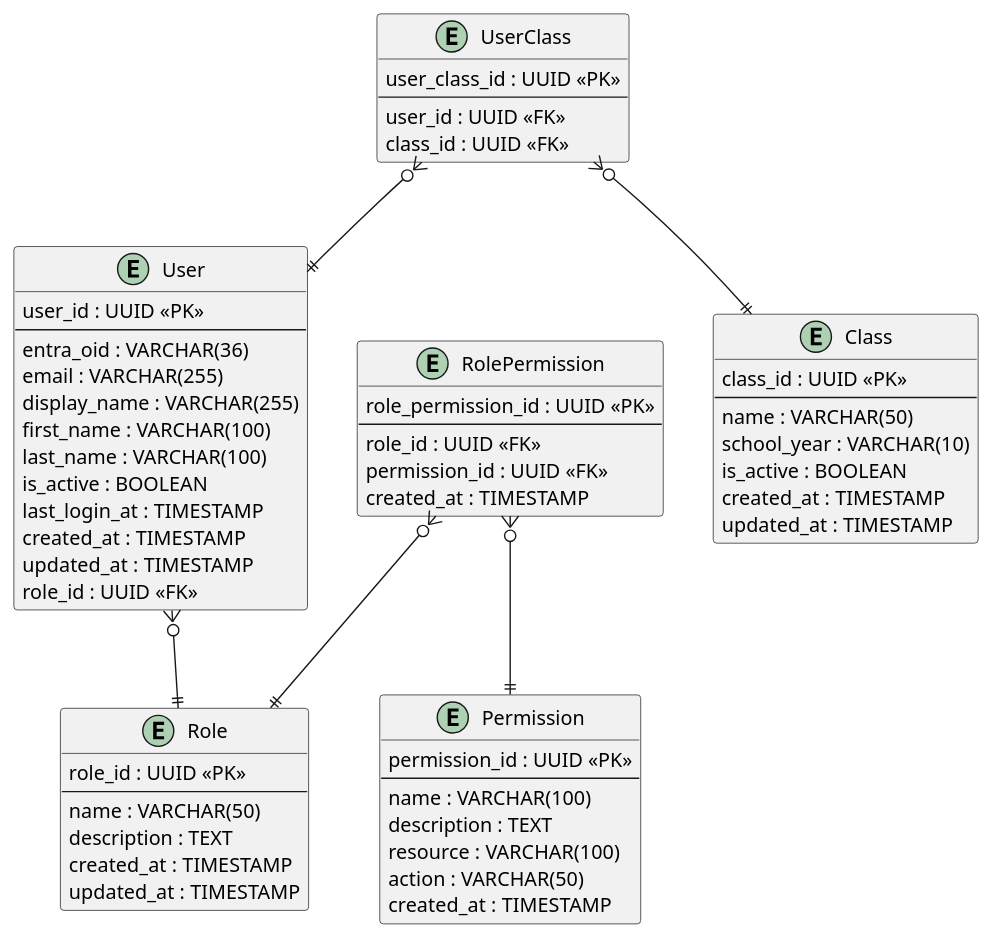
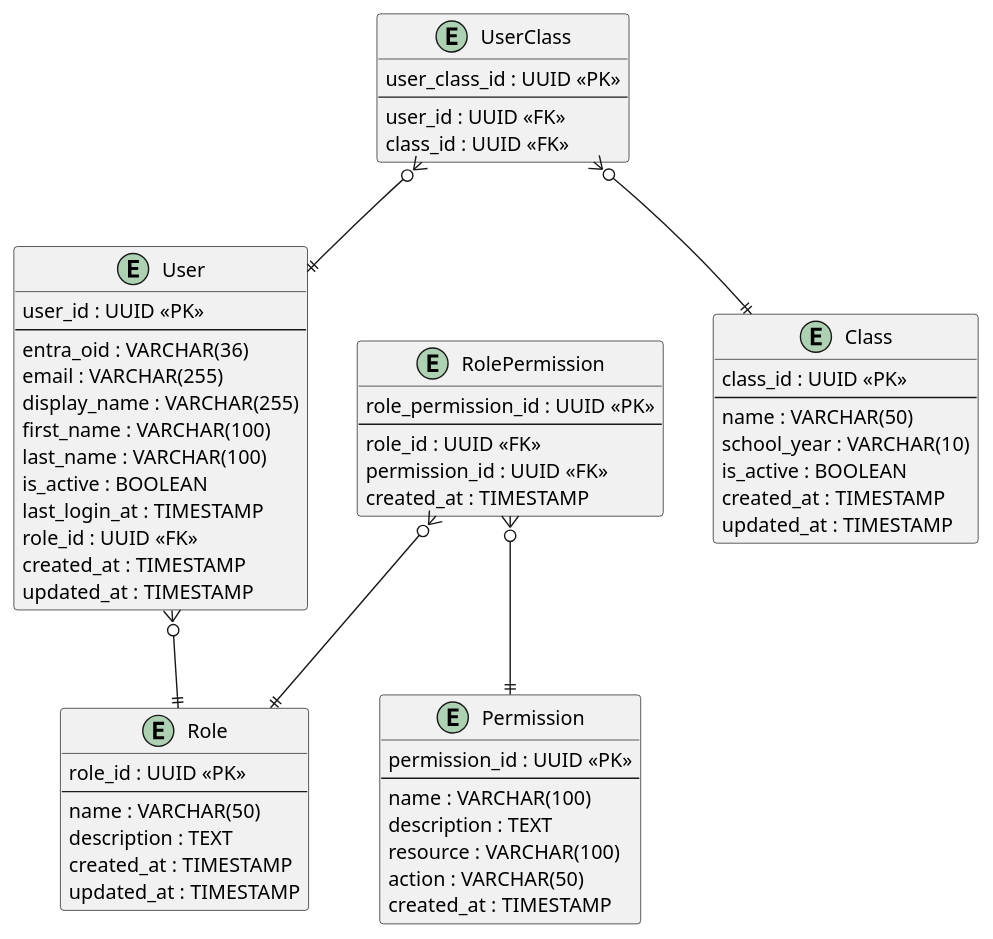
Before and after one commit to melanie-bauer/Novedu: the diagram in docs/analysis/erd.puml, drawn with PlantUML. The commit also changed other lines of this file, not shown here.

```diff
--- a/docs/analysis/erd.puml
+++ b/docs/analysis/erd.puml
@@ -1,70 +1,70 @@
 @startuml Novedu ERD
 
 entity "User" as user {
   user_id : UUID <<PK>>
   --
   entra_oid : VARCHAR(36)
   email : VARCHAR(255)
   display_name : VARCHAR(255)
   first_name : VARCHAR(100)
   last_name : VARCHAR(100)
   is_active : BOOLEAN
   last_login_at : TIMESTAMP
+  role_id : UUID <<FK>>
   created_at : TIMESTAMP
   updated_at : TIMESTAMP
-  role_id : UUID <<FK>>
 }
 
 
 entity "Role" as role {
   role_id : UUID <<PK>>
   --
   name : VARCHAR(50)
   description : TEXT
   created_at : TIMESTAMP
   updated_at : TIMESTAMP
 }
 
 entity "Permission" as permission {
   permission_id : UUID <<PK>>
   --
   name : VARCHAR(100)
   description : TEXT
   resource : VARCHAR(100)
   action : VARCHAR(50)
   created_at : TIMESTAMP
 }
 entity "RolePermission" as role_permission {
   role_permission_id : UUID <<PK>>
   --
   role_id : UUID <<FK>>
   permission_id : UUID <<FK>>
   created_at : TIMESTAMP
 }
 
 entity "Class" as class {
   class_id : UUID <<PK>>
   --
   name : VARCHAR(50)
   school_year : VARCHAR(10)
   is_active : BOOLEAN
   created_at : TIMESTAMP
   updated_at : TIMESTAMP
 }
 
 entity "UserClass" as user_class {
   user_class_id : UUID <<PK>>
   --
   user_id : UUID <<FK>>
   class_id : UUID <<FK>>
 }
 
 
 
 user }o--|| role
 user_class }o--|| user
 user_class }o--|| class
 role_permission }o--|| role
 role_permission }o--|| permission
 
 @enduml
```
